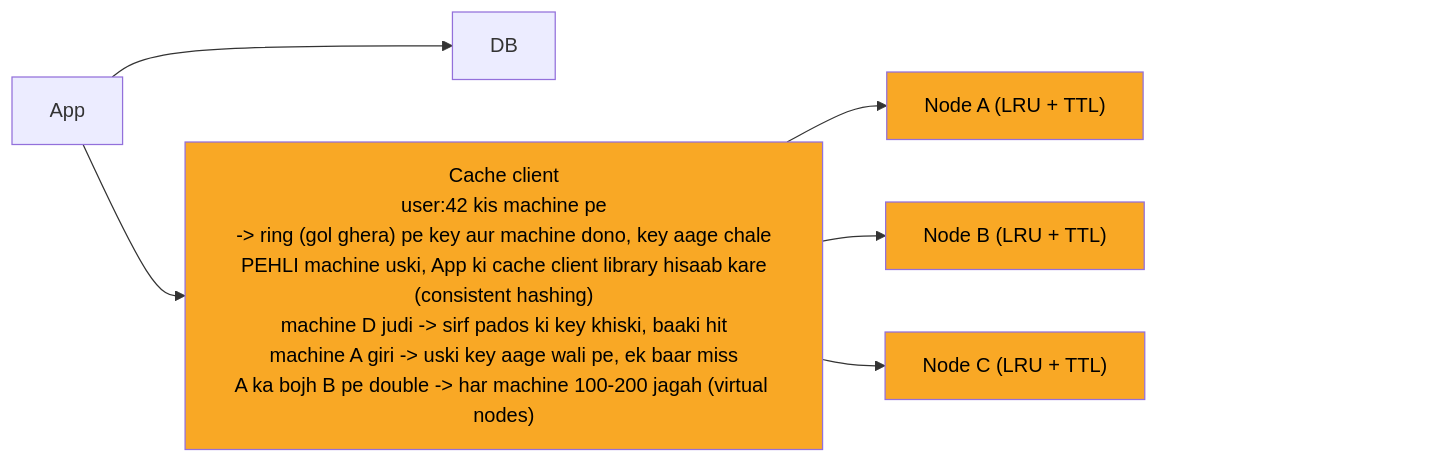
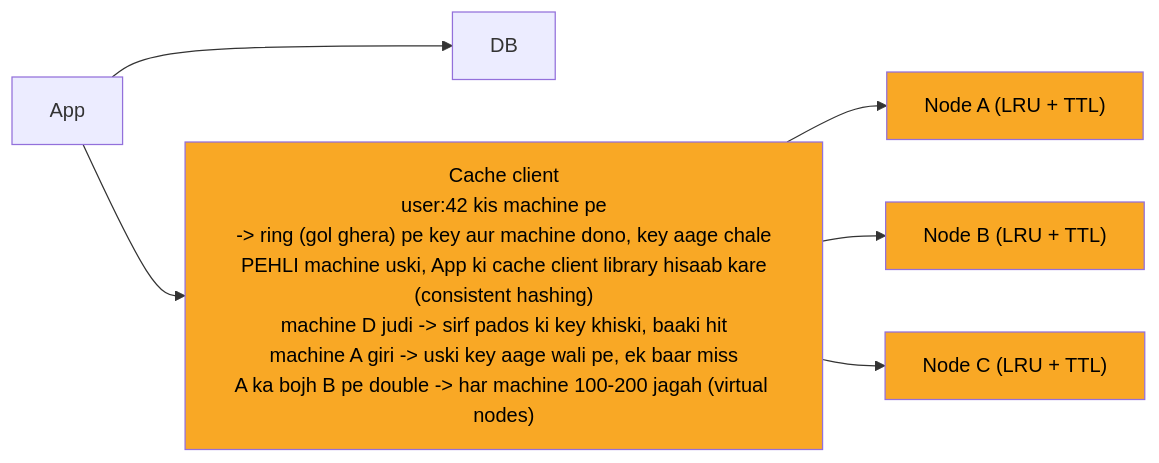
One commit to ArpanMaheshwari144/Prep changed the third of 8 diagrams in 04_HLD/SYSTEM_DESIGNS/10_distributed_cache/10_distributed_cache.md. Above: the diagram before and after it, drawn with Mermaid. The commit also changed other lines of this file and 182 other files, not shown here.

Commit message:
hld 14 file: har diagram mermaid-cli se SVG image (source details me), n_pad hataya, render tool 04_HLD/tools

````diff
--- a/04_HLD/SYSTEM_DESIGNS/10_distributed_cache/10_distributed_cache.md
+++ b/04_HLD/SYSTEM_DESIGNS/10_distributed_cache/10_distributed_cache.md
@@ -148,22 +160,19 @@
 ```mermaid
 %%{init: {"flowchart": {"wrappingWidth": 450}}}%%
 flowchart LR
     n_App["App"]
     n_DB["DB"]
     n_Cache_client["Cache client<br/>user:42 kis machine pe<br/>-> ring (gol ghera) pe key aur machine dono, key aage chale<br/>PEHLI machine uski, App ki cache client library hisaab kare<br/>(consistent hashing)<br/>machine D judi -> sirf pados ki key khiski, baaki hit<br/>machine A giri -> uski key aage wali pe, ek baar miss<br/>A ka bojh B pe double -> har machine 100-200 jagah (virtual nodes)"]
     n_Node_A["Node A (LRU + TTL)"]
     n_Node_B["Node B (LRU + TTL)"]
     n_Node_C["Node C (LRU + TTL)"]
     n_App --> n_DB
     n_App --> n_Cache_client
     n_Cache_client --> n_Node_A
     n_Cache_client --> n_Node_B
     n_Cache_client --> n_Node_C
-    n_pad["xxxxxxxxxxxxxxxx"]
-    n_Node_C ~~~ n_pad
     style n_Cache_client fill:#f9a825,color:#000
     style n_Node_A fill:#f9a825,color:#000
     style n_Node_B fill:#f9a825,color:#000
     style n_Node_C fill:#f9a825,color:#000
-    style n_pad fill:none,stroke:none,color:#ffffff00
 ```
````
